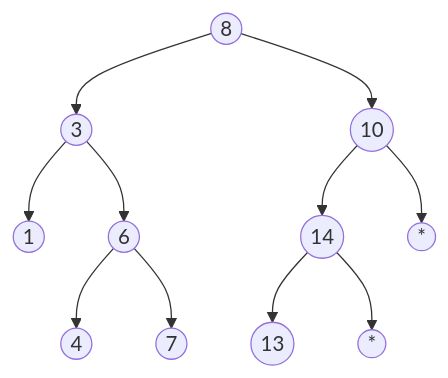
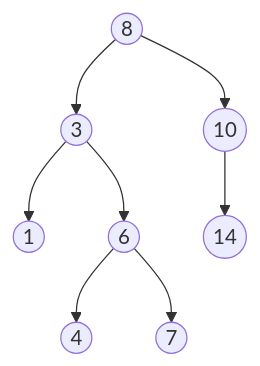
Before and after one commit to Daniel-Wei/Algo_DS_Notes: the second of 2 diagrams in 数据结构/Tree/AVL/BST/Readme.md, drawn with Mermaid. The commit also changed other lines of this file, not shown here.

````diff
--- a/数据结构/Tree/AVL/BST/Readme.md
+++ b/数据结构/Tree/AVL/BST/Readme.md
@@ -22,27 +15,21 @@
 ```mermaid 
 graph TB;
 
 1((1))
 3((3))
 4((4))
 6((6))
 7((7))
 8((8))
 10((10))
-n1((*))
-13((13))
 14((14))
-n2((*))
 
 8-->3
 8-->10
 3-->1
 3-->6
-10-->n1
 10-->14
 6-->4
 6-->7
-14-->13
-14-->n2
 
 ```
````
